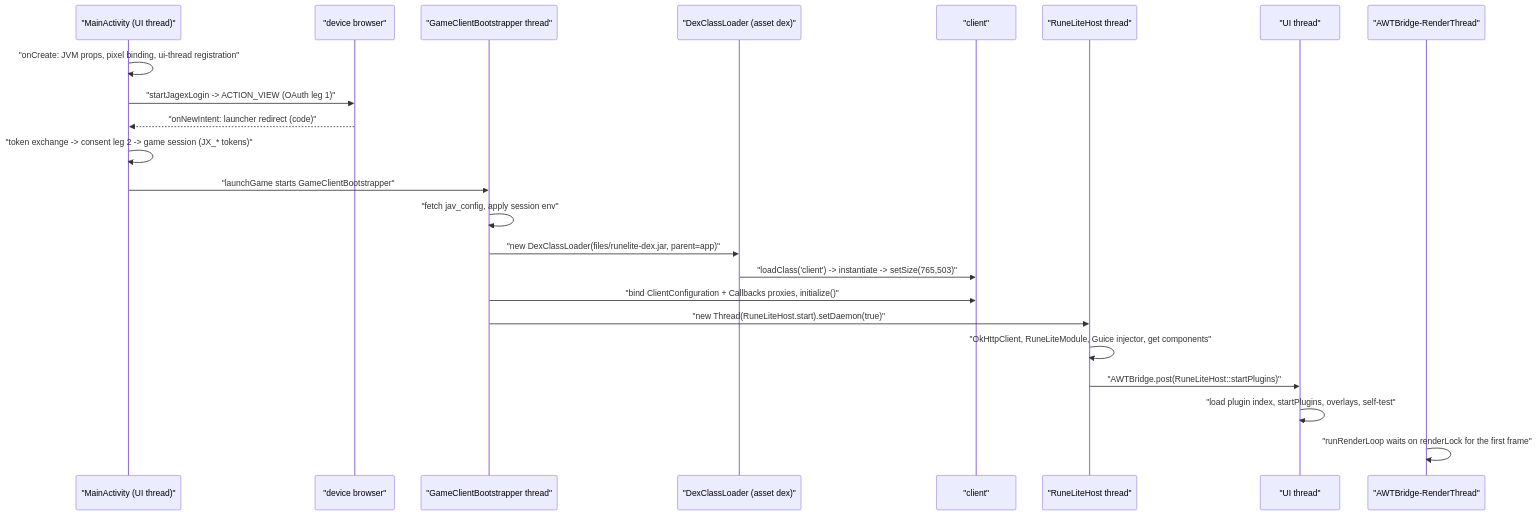
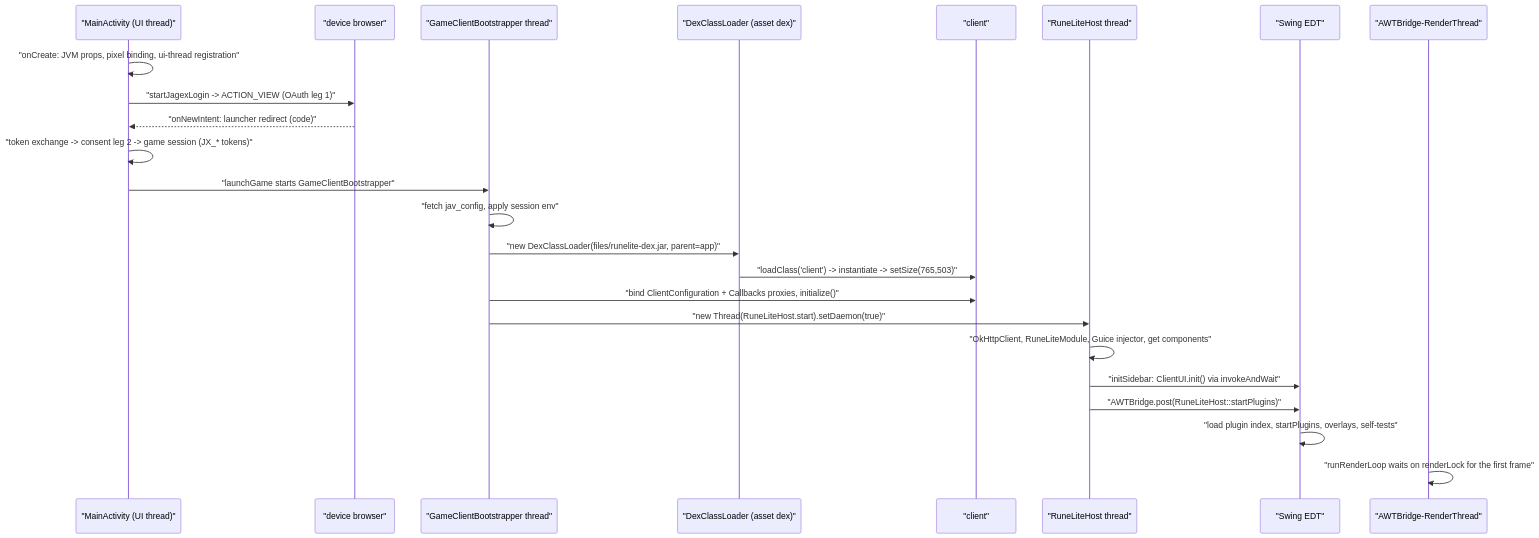
One commit to eshahrabani/runelite-mobile changed the second of 2 diagrams in docs/architecture.md. Above: the diagram before and after it, drawn with Mermaid. The commit also changed other lines of this file and 76 other files, not shown here.

````diff
--- a/docs/architecture.md
+++ b/docs/architecture.md
@@ -110,25 +121,26 @@
 ```mermaid
 sequenceDiagram
   participant A as "MainActivity (UI thread)"
   participant B as "device browser"
   participant S as "GameClientBootstrapper thread"
   participant D as "DexClassLoader (asset dex)"
   participant C as "client"
   participant H as "RuneLiteHost thread"
-  participant U as "UI thread"
+  participant U as "Swing EDT"
   participant R as "AWTBridge-RenderThread"
   A->>A: "onCreate: JVM props, pixel binding, ui-thread registration"
   A->>B: "startJagexLogin -> ACTION_VIEW (OAuth leg 1)"
   B-->>A: "onNewIntent: launcher redirect (code)"
   A->>A: "token exchange -> consent leg 2 -> game session (JX_* tokens)"
   A->>S: "launchGame starts GameClientBootstrapper"
   S->>S: "fetch jav_config, apply session env"
   S->>D: "new DexClassLoader(files/runelite-dex.jar, parent=app)"
   D->>C: "loadClass('client') -> instantiate -> setSize(765,503)"
   S->>C: "bind ClientConfiguration + Callbacks proxies, initialize()"
   S->>H: "new Thread(RuneLiteHost.start).setDaemon(true)"
   H->>H: "OkHttpClient, RuneLiteModule, Guice injector, get components"
+  H->>U: "initSidebar: ClientUI.init() via invokeAndWait"
   H->>U: "AWTBridge.post(RuneLiteHost::startPlugins)"
-  U->>U: "load plugin index, startPlugins, overlays, self-test"
+  U->>U: "load plugin index, startPlugins, overlays, self-tests"
   R->>R: "runRenderLoop waits on renderLock for the first frame"
 ```
````
